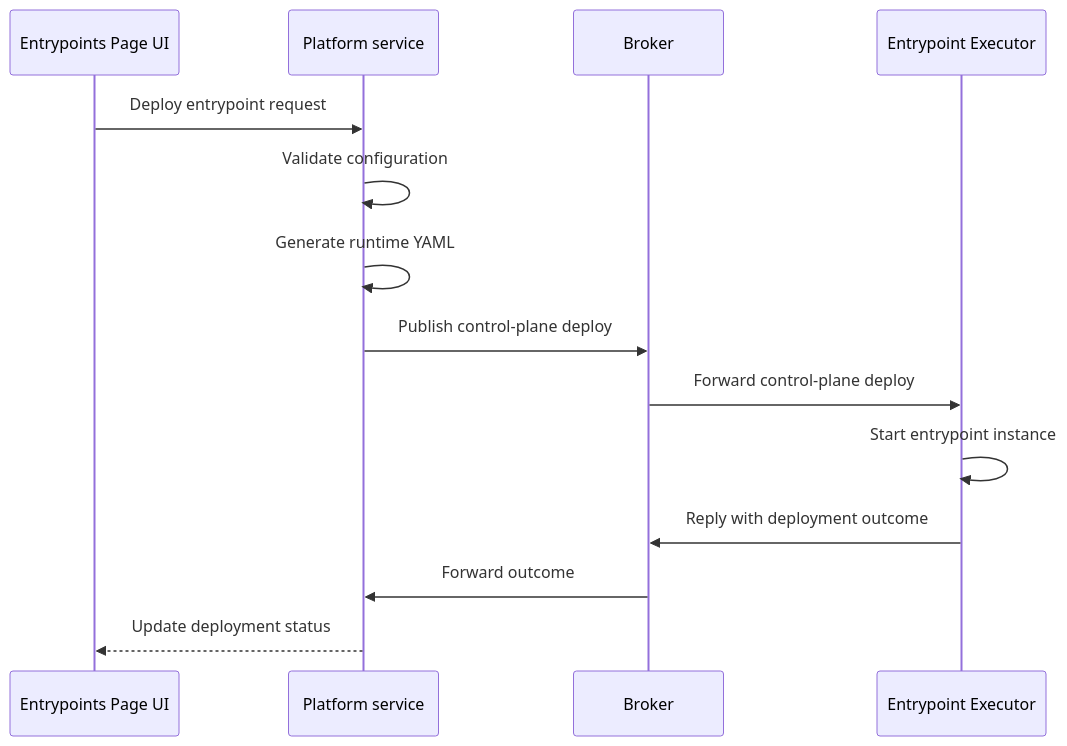
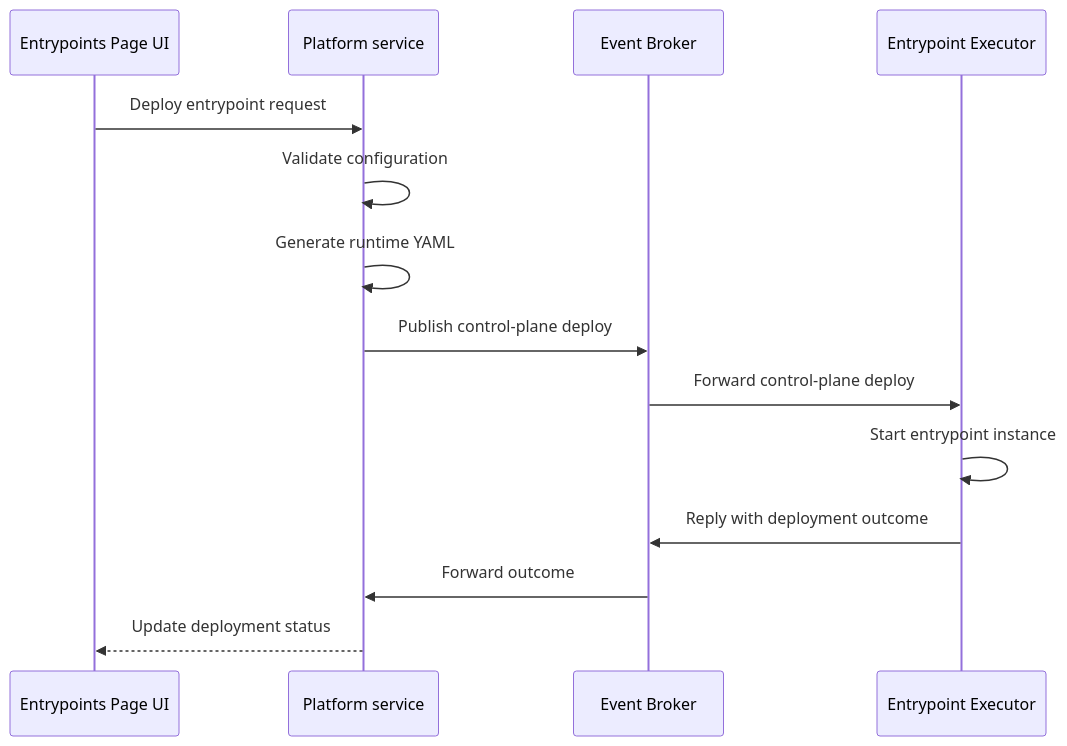
One commit to SolaceDev/solace-developer-workshops changed the diagram in .claude/skills/sam-docs/references/documentation/building/entrypoints/index.md. Above: the diagram before and after it, drawn with Mermaid. The commit also changed other lines of this file and 225 other files, not shown here.

````diff
--- a/.claude/skills/sam-docs/references/documentation/building/entrypoints/index.md
+++ b/.claude/skills/sam-docs/references/documentation/building/entrypoints/index.md
@@ -46,17 +49,17 @@
 ```mermaid
 sequenceDiagram
     participant UI as Entrypoints Page UI
     participant Platform as Platform service
-    participant Broker as Broker
+    participant Broker as Event Broker
     participant EntrypointRuntime as Entrypoint Executor
 
     UI->>Platform: Deploy entrypoint request
     Platform->>Platform: Validate configuration
     Platform->>Platform: Generate runtime YAML
     Platform->>Broker: Publish control-plane deploy
     Broker->>EntrypointRuntime: Forward control-plane deploy
     EntrypointRuntime->>EntrypointRuntime: Start entrypoint instance
     EntrypointRuntime->>Broker: Reply with deployment outcome
     Broker->>Platform: Forward outcome
     Platform-->>UI: Update deployment status
 ```
````
